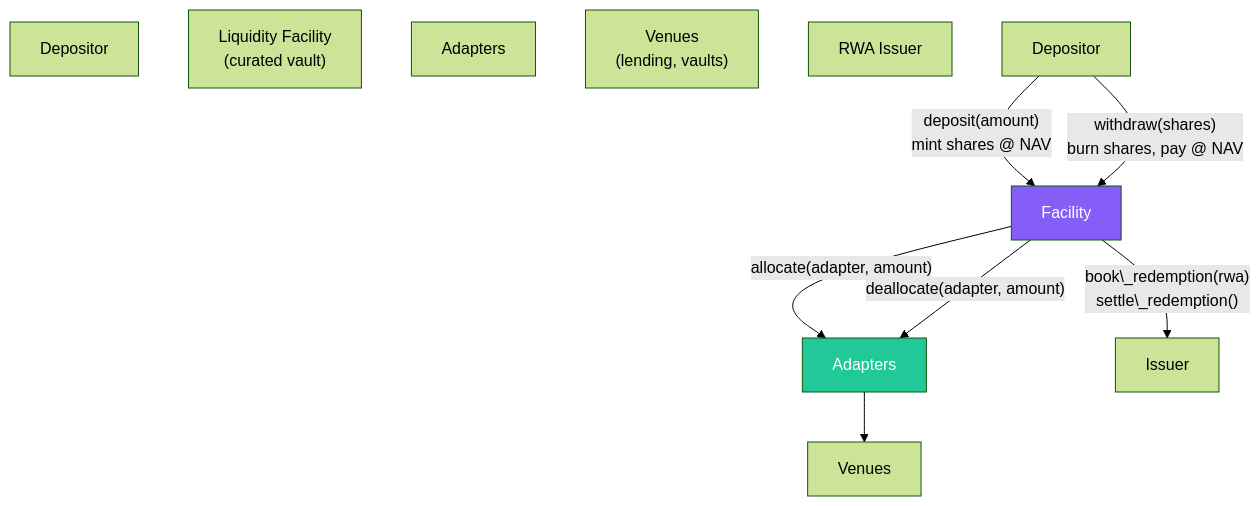
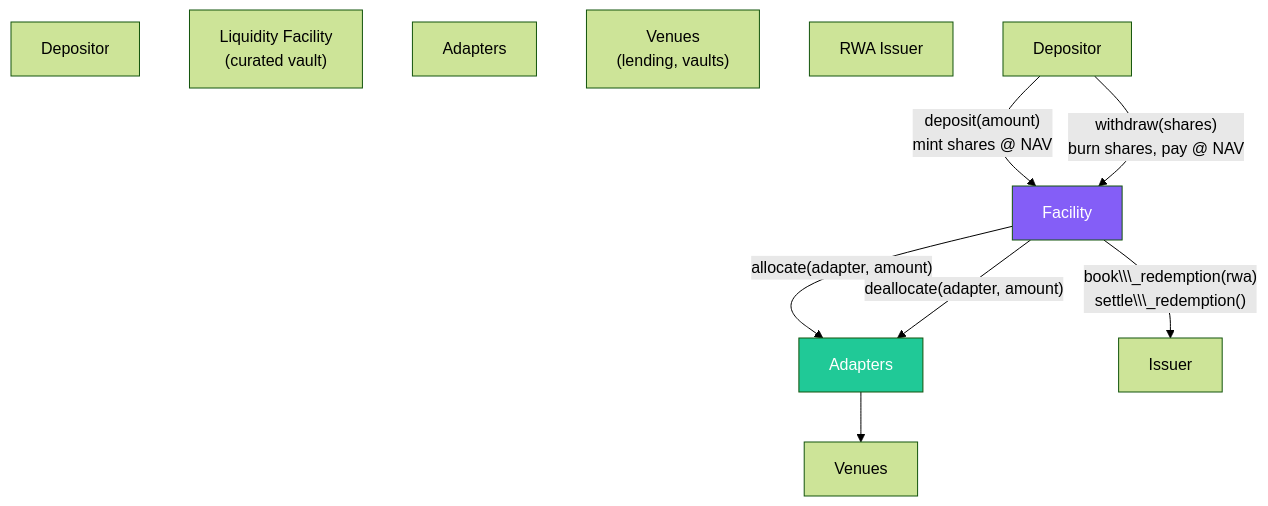
The fourth of 9 diagrams in docs/TECHNICAL_ARCHITECTURE.md (mystic-finance/Stellar-RFQ), drawn with Mermaid (forest theme) before and after one commit. The commit also changed other lines of this file, not shown here.

````diff
--- a/docs/TECHNICAL_ARCHITECTURE.md
+++ b/docs/TECHNICAL_ARCHITECTURE.md
@@ -725,18 +781,18 @@
 ```mermaid
 graph TB
-    Depositor\["Depositor"]
-    Facility\["Liquidity Facility<br/>(curated vault)"]
-    Adapters\["Adapters"]
-    Venues\["Venues<br/>(lending, vaults)"]
-    Issuer\["RWA Issuer"]
+    Depositor\\\["Depositor"]
+    Facility\\\["Liquidity Facility<br/>(curated vault)"]
+    Adapters\\\["Adapters"]
+    Venues\\\["Venues<br/>(lending, vaults)"]
+    Issuer\\\["RWA Issuer"]
 
     Depositor -->|"deposit(amount)<br/>mint shares @ NAV"| Facility
     Depositor -->|"withdraw(shares)<br/>burn shares, pay @ NAV"| Facility
     Facility -->|"allocate(adapter, amount)"| Adapters
     Facility -->|"deallocate(adapter, amount)"| Adapters
     Adapters --> Venues
-    Facility -->|"book\_redemption(rwa)<br/>settle\_redemption()"| Issuer
+    Facility -->|"book\\\_redemption(rwa)<br/>settle\\\_redemption()"| Issuer
 
     style Facility fill:#845ef7,color:#fff
     style Adapters fill:#20c997,color:#fff
 ```
````
